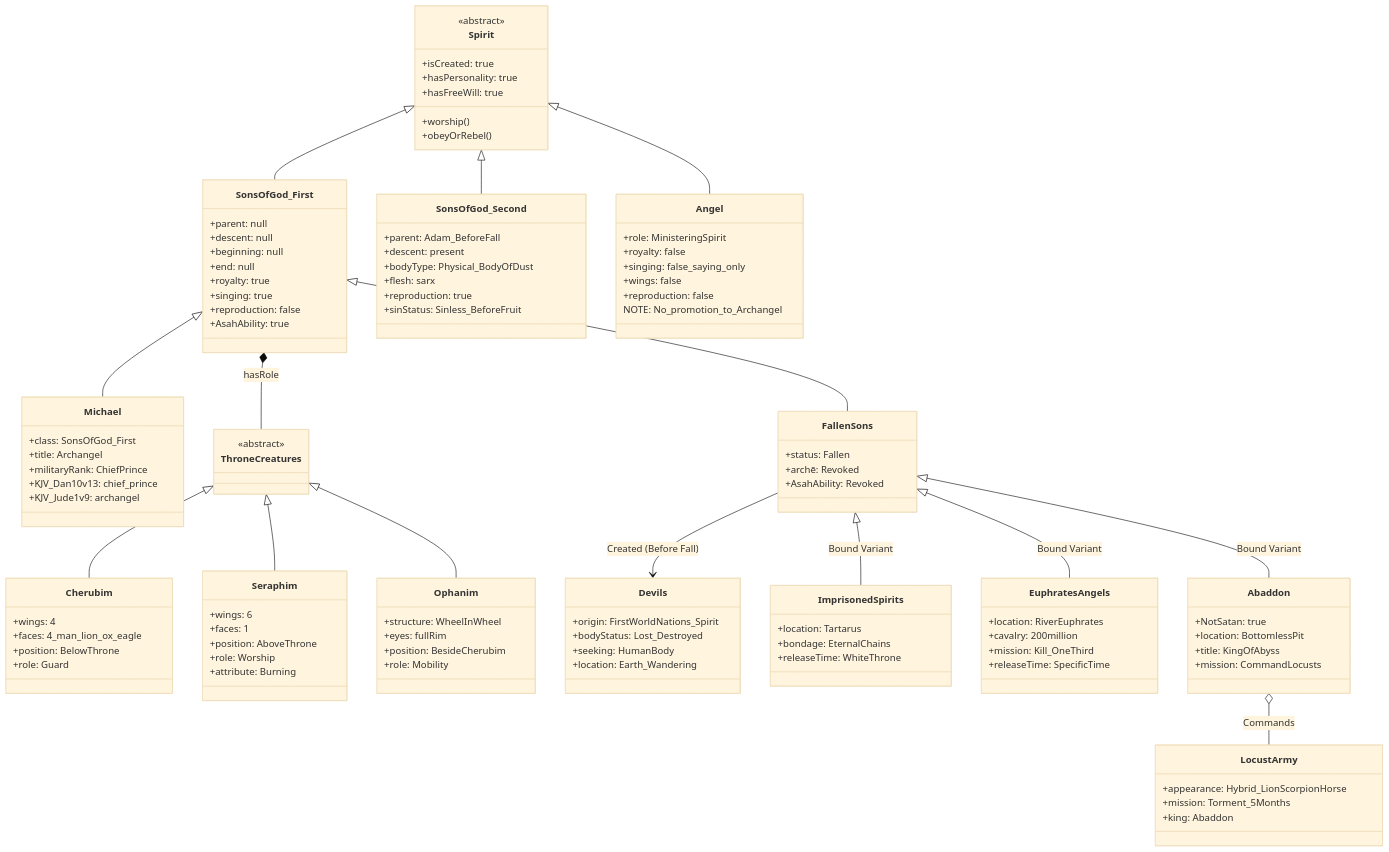
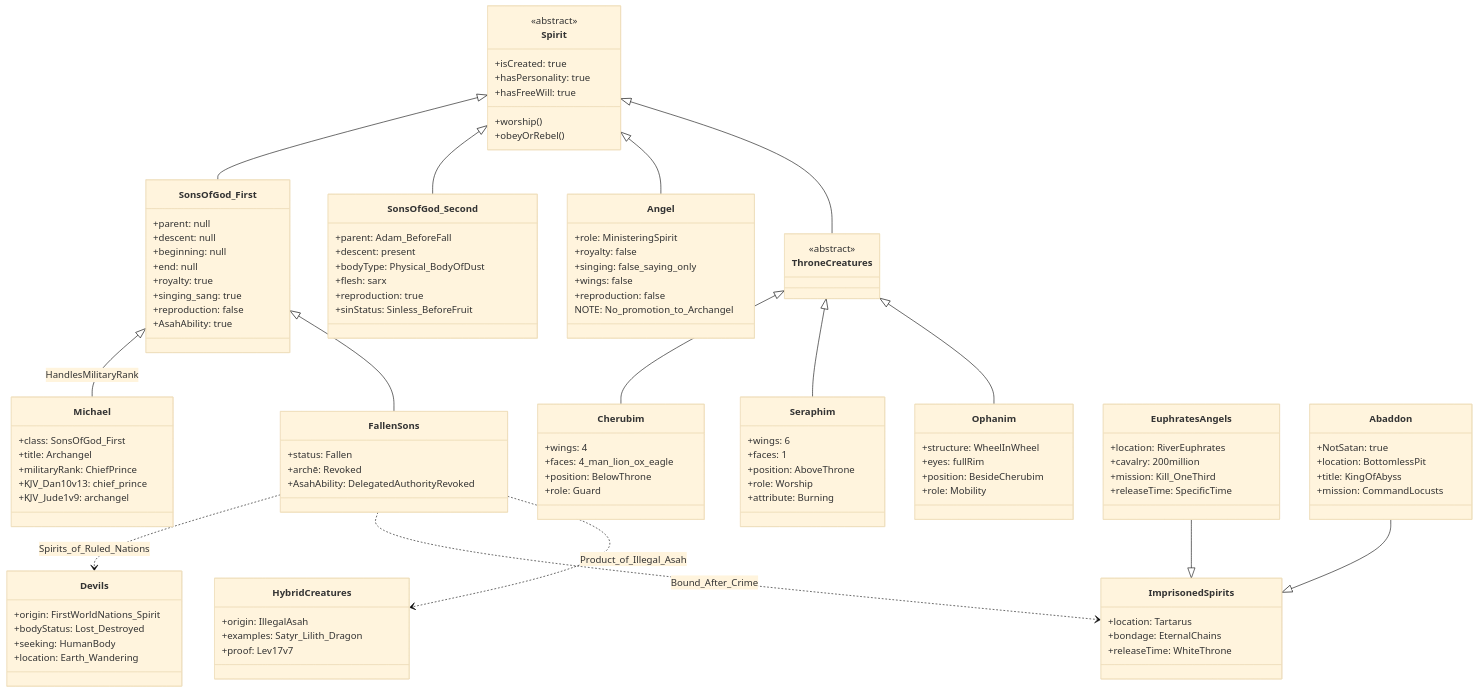
The diagram in the-scripture-audit/05_REPORT/bible_believer/REPORT_Spiritual_Beings_Classification_Table.md (jloveonly-prog/the-scripture-audit), drawn with Mermaid (base theme) before and after one commit. The commit also changed other lines of this file and 34 other files, not shown here.

````diff
--- a/the-scripture-audit/05_REPORT/bible_believer/REPORT_Spiritual_Beings_Classification_Table.md
+++ b/the-scripture-audit/05_REPORT/bible_believer/REPORT_Spiritual_Beings_Classification_Table.md
@@ -670,7 +670,7 @@
         +beginning: null
         +end: null
         +royalty: true
-        +singing: true
+        +singing_sang: true
         +reproduction: false
         +AsahAbility: true
     }
@@ -722,7 +722,7 @@
     class FallenSons {
         +status: Fallen
         +archē: Revoked
-        +AsahAbility: Revoked
+        +AsahAbility: DelegatedAuthorityRevoked
     }
     class Devils {
         +origin: FirstWorldNations_Spirit
@@ -747,28 +747,24 @@
         +title: KingOfAbyss
         +mission: CommandLocusts
     }
-    class LocustArmy {
-        +appearance: Hybrid_LionScorpionHorse
-        +mission: Torment_5Months
-        +king: Abaddon
+    class HybridCreatures {
+        +origin: IllegalAsah
+        +examples: Satyr_Lilith_Dragon
+        +proof: Lev17v7
     }
 
     Spirit <|-- SonsOfGod_First
     Spirit <|-- SonsOfGod_Second
     Spirit <|-- Angel
-    
-    SonsOfGod_First <|-- Michael
-    SonsOfGod_First <|-- FallenSons
-    
+    Spirit <|-- ThroneCreatures
+    SonsOfGod_First <|-- Michael : HandlesMilitaryRank
     ThroneCreatures <|-- Cherubim
     ThroneCreatures <|-- Seraphim
     ThroneCreatures <|-- Ophanim
-    SonsOfGod_First *-- ThroneCreatures : hasRole
-    
-    FallenSons --> Devils : Created (Before Fall)
-    FallenSons <|-- ImprisonedSpirits : Bound Variant
-    FallenSons <|-- EuphratesAngels : Bound Variant
-    FallenSons <|-- Abaddon : Bound Variant
-    
-    Abaddon o-- LocustArmy : Commands
+    SonsOfGod_First <|-- FallenSons
+    FallenSons ..> Devils : Spirits_of_Ruled_Nations
+    FallenSons ..> ImprisonedSpirits : Bound_After_Crime
+    FallenSons ..> HybridCreatures : Product_of_Illegal_Asah
+    EuphratesAngels --|> ImprisonedSpirits
+    Abaddon --|> ImprisonedSpirits
 ```
````
